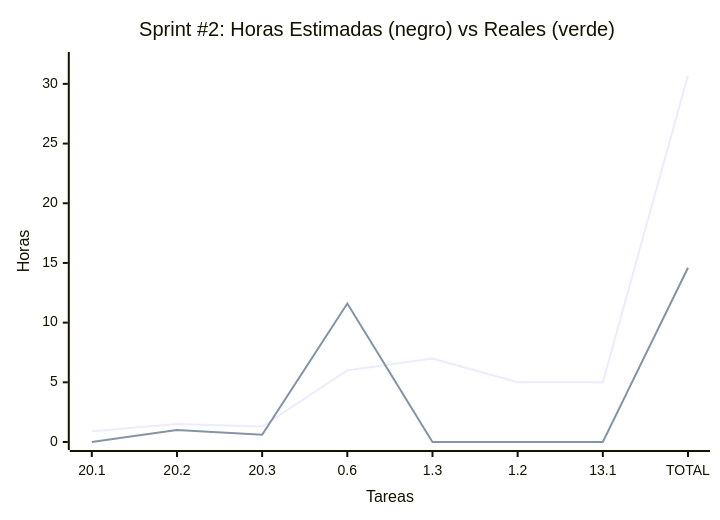
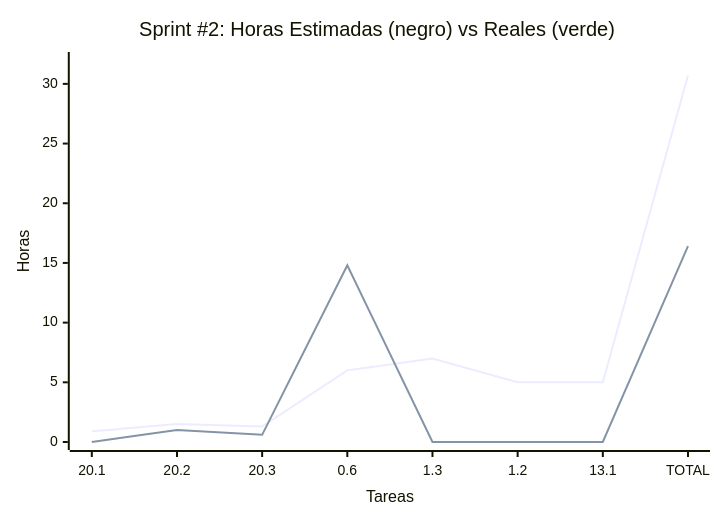
The second of 2 diagrams in docs/SprintsPlanning.md (MarkMed/FleetMan), drawn with Mermaid before and after one commit. The commit also changed other lines of this file, not shown here.

````diff
--- a/docs/SprintsPlanning.md
+++ b/docs/SprintsPlanning.md
@@ -90,12 +90,12 @@
 ```mermaid
 xychart-beta
     title "Sprint #2: Horas Estimadas #40;negro#41; vs Reales #40;verde#41;"
     x-axis "Tareas" ["20.1", "20.2", "20.3", "0.6", "1.3", "1.2", "13.1", "TOTAL"]
     y-axis "Horas" 0 --> 32
 	
 	%% Black line
     line [0.9, 1.5, 1.3, 6, 7, 5, 5, 30.7]
 
 	%% Green line
-    line [0, 1, 0.6, 11.6, 0, 0, 0, 14.6]
+    line [0, 1, 0.6, 14.8, 0, 0, 0, 16.4]
 ```
````
